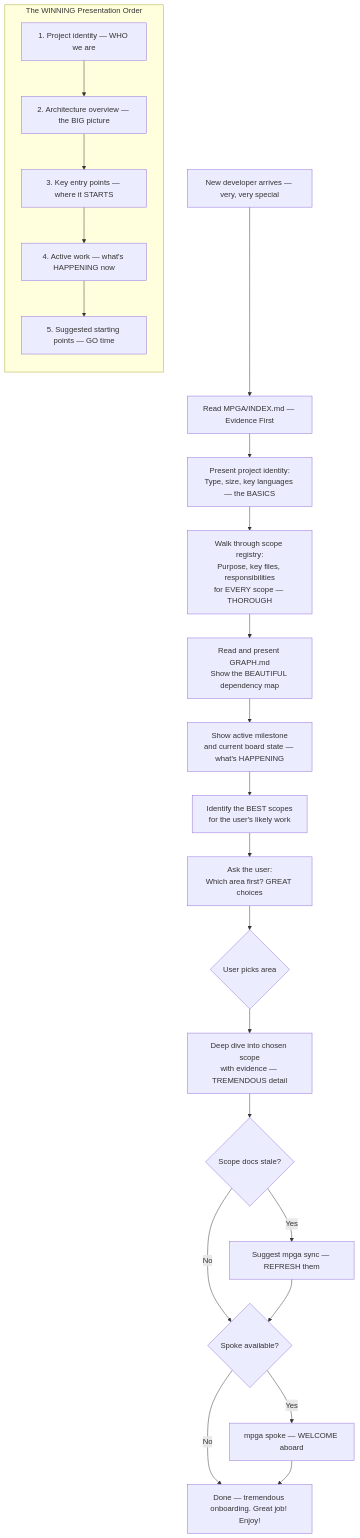
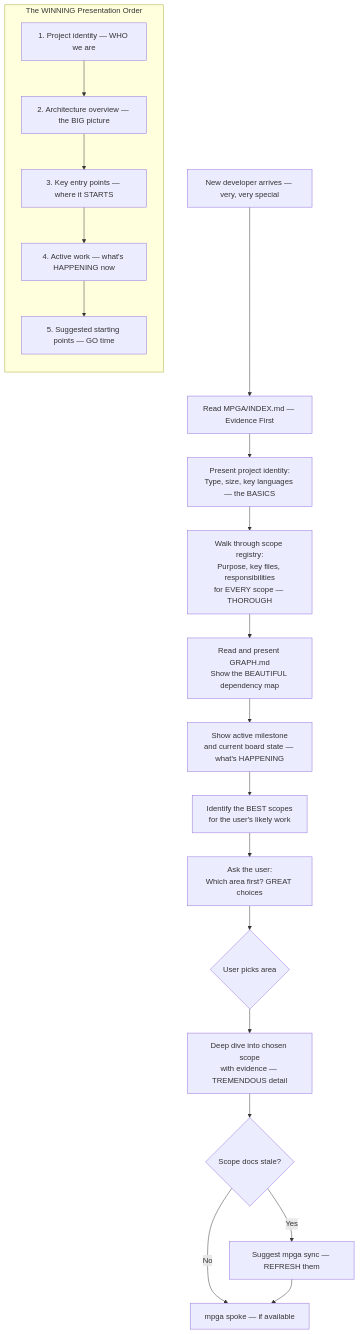
One commit to benrben/MPGA changed the diagram in docs/diagrams/skills/onboard.md. Above: the diagram before and after it, drawn with Mermaid. The commit also changed 73 other files, not shown here.

First line of the commit message:
refactor: standardize mpga spoke references across agents and skills

````diff
--- a/docs/diagrams/skills/onboard.md
+++ b/docs/diagrams/skills/onboard.md
@@ -5,31 +5,28 @@
 ```mermaid
 flowchart TD
     A[New developer arrives — very, very special] --> B[Read MPGA/INDEX.md — Evidence First]
     B --> C["Present project identity:\nType, size, key languages — the BASICS"]
     C --> D["Walk through scope registry:\nPurpose, key files, responsibilities\nfor EVERY scope — THOROUGH"]
     D --> E[Read and present GRAPH.md\nShow the BEAUTIFUL dependency map]
     E --> F["Show active milestone\nand current board state — what's HAPPENING"]
     F --> G["Identify the BEST scopes\nfor the user's likely work"]
     G --> H["Ask the user:\nWhich area first? GREAT choices"]
 
     H --> I{User picks area}
     I --> J[Deep dive into chosen scope\nwith evidence — TREMENDOUS detail]
 
     subgraph "The WINNING Presentation Order"
         direction TB
         P1["1. Project identity — WHO we are"]
         P2["2. Architecture overview — the BIG picture"]
         P3["3. Key entry points — where it STARTS"]
         P4["4. Active work — what's HAPPENING now"]
         P5["5. Suggested starting points — GO time"]
         P1 --> P2 --> P3 --> P4 --> P5
     end
 
     J --> K{Scope docs stale?}
     K -->|Yes| L[Suggest mpga sync — REFRESH them]
-    K -->|No| M{Spoke available?}
+    K -->|No| M[mpga spoke — if available]
     L --> M
-    M -->|Yes| N[mpga spoke — WELCOME aboard]
-    M -->|No| O[Done — tremendous onboarding. Great job! Enjoy!]
-    N --> O
 ```
````
